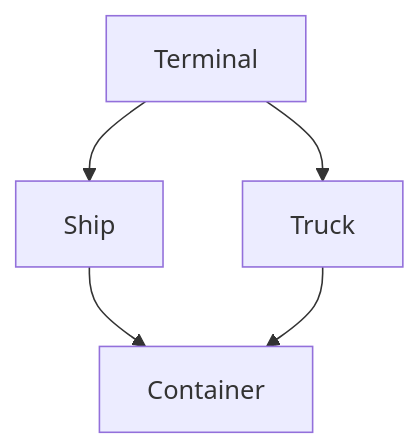
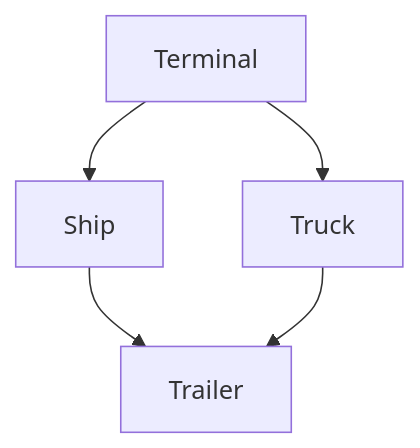
Before and after one commit to luebken/platform-example-logistics: the first of 2 diagrams in demo.md, drawn with Mermaid. The commit also changed other lines of this file, not shown here.

````diff
--- a/demo.md
+++ b/demo.md
@@ -20,7 +21,7 @@
 ```mermaid
   graph TD;
       Terminal-->Ship
       Terminal-->Truck
-      Ship-->Container;
-      Truck-->Container;
+      Ship-->Trailer;
+      Truck-->Trailer;
 ```
````
